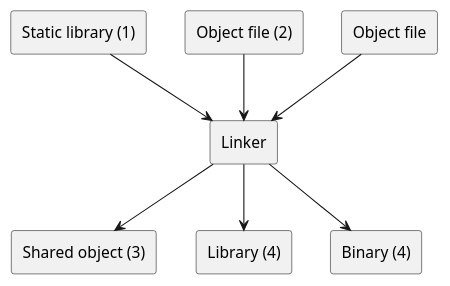
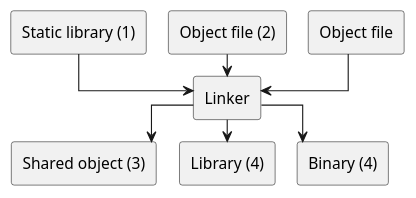
One commit to unexist/blog changed the first of 2 diagrams in _drafts/embedding-other-languages.adoc. Above: the diagram before and after it, drawn with PlantUML. The commit also changed other lines of this file, not shown here.

Commit message:
Added plantuml theme and params to first diagram

```diff
--- a/_drafts/embedding-other-languages.adoc
+++ b/_drafts/embedding-other-languages.adoc
@@ -216,18 +216,24 @@
 [plantuml]
 ----
+'!theme unexist from {{ site.asciidoctor_attributes.plantumldir }}
+
+skinparam linetype ortho
+skinparam nodesep 20
+skinparam ranksep 20
+
 rectangle "Static library (1)" as lib1
 rectangle "Object file (2)" as obj1
 rectangle "Object file" as obj2
 rectangle "Linker" as linker
 rectangle "Shared object (3)" as so
 rectangle "Library (4)" as lib3
 rectangle "Binary (4)" as bin
 
 lib1 --> linker
 obj1 --> linker
 obj2 --> linker
 
 linker --> lib3
 linker --> so
 linker --> bin
 ----
```
